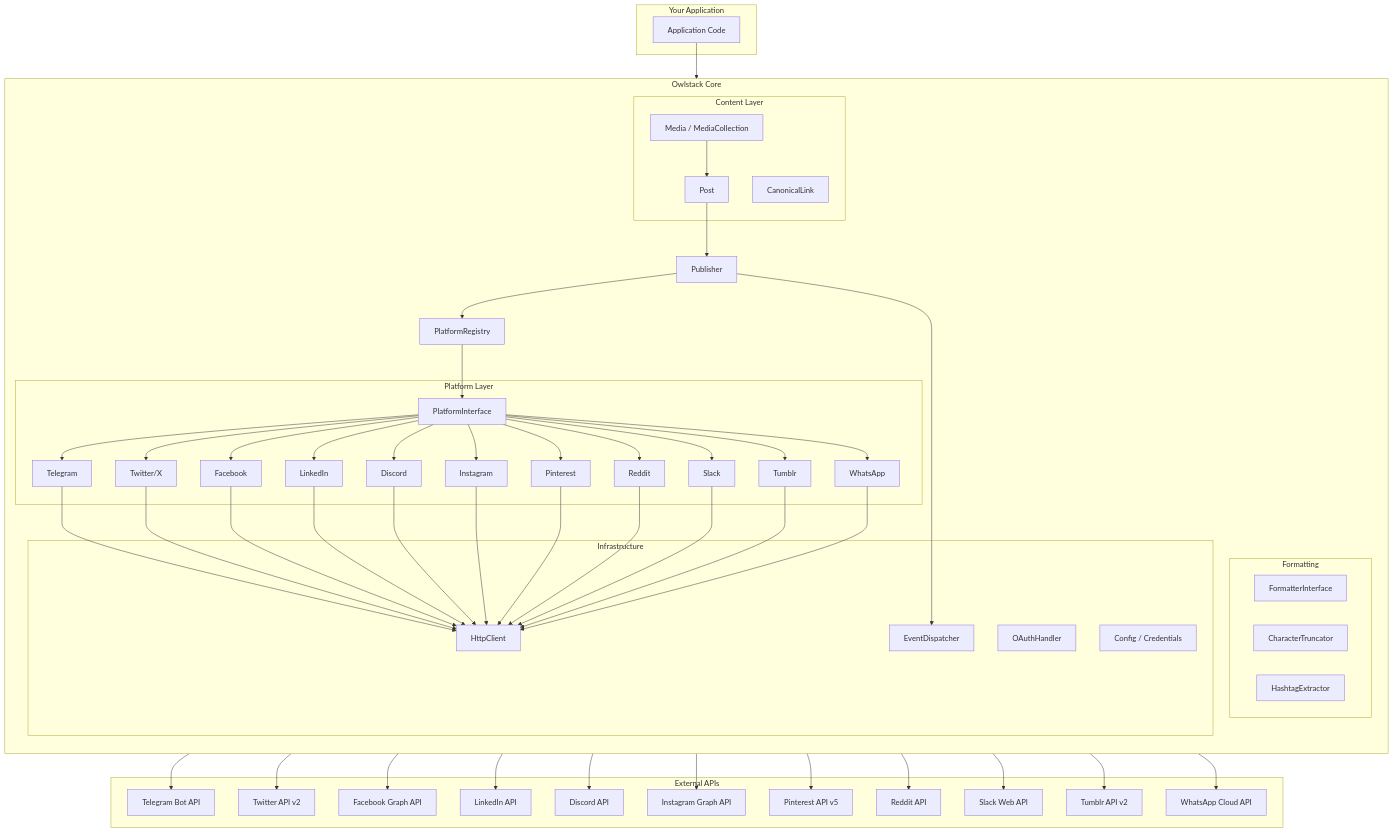
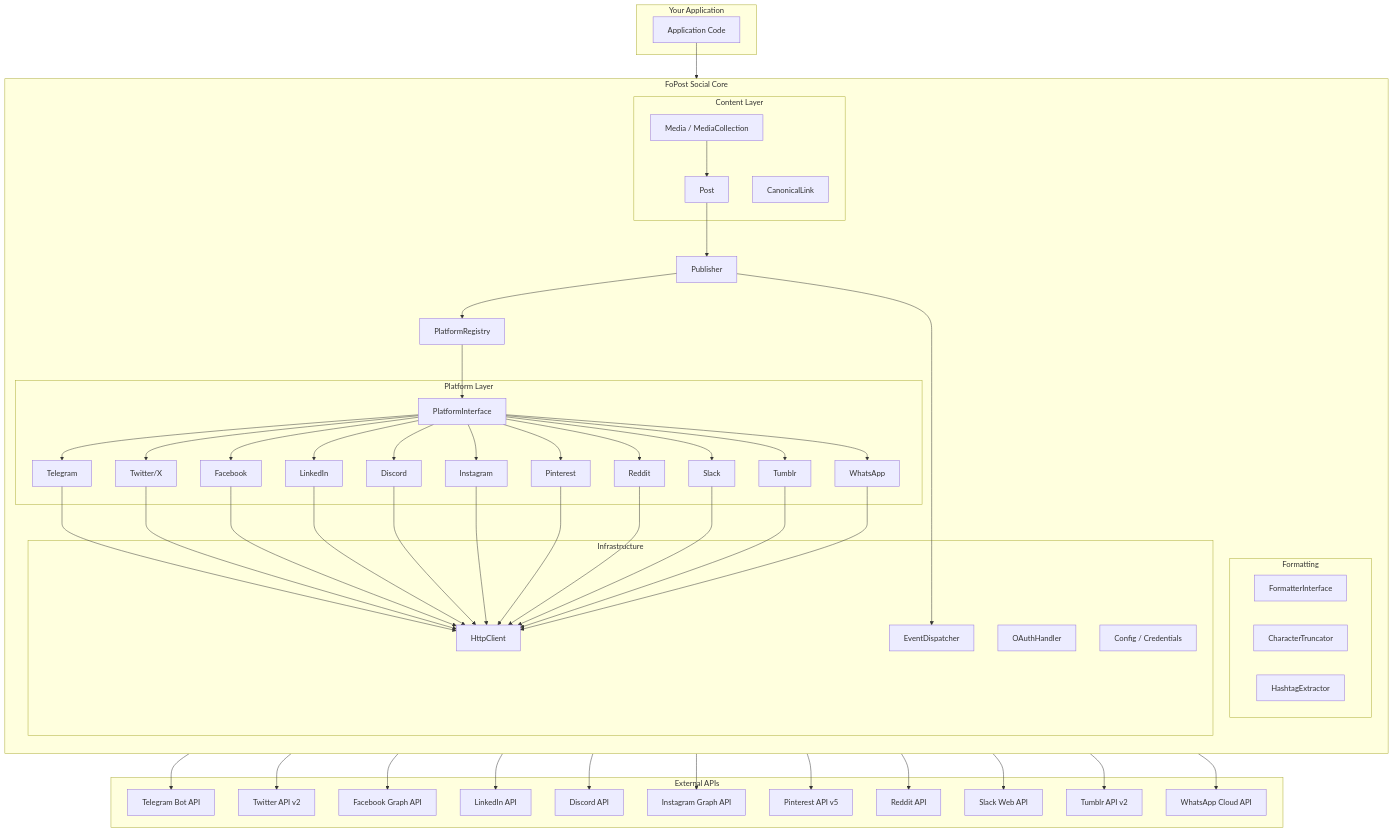
One commit to fopost/fopost-social-core changed the first of 6 diagrams in README.md. Above: the diagram before and after it, drawn with Mermaid. The commit also changed other lines of this file and 3 other files, not shown here.

````diff
--- a/README.md
+++ b/README.md
@@ -141,80 +141,80 @@
 ```mermaid
 graph TB
     subgraph "Your Application"
         APP[Application Code]
     end
 
-    subgraph "Owlstack Core"
+    subgraph "FoPost Social Core"
         direction TB
         PUB[Publisher]
         REG[PlatformRegistry]
 
         subgraph "Content Layer"
             POST[Post]
             MEDIA[Media / MediaCollection]
             CLINK[CanonicalLink]
         end
 
         subgraph "Platform Layer"
             PI[PlatformInterface]
             TG[Telegram]
             TW[Twitter/X]
             FB[Facebook]
             LI[LinkedIn]
             DC[Discord]
             IG[Instagram]
             PT[Pinterest]
             RD[Reddit]
             SL[Slack]
             TB[Tumblr]
             WA[WhatsApp]
         end
 
         subgraph "Formatting"
             FI[FormatterInterface]
             CT[CharacterTruncator]
             HE[HashtagExtractor]
         end
 
         subgraph "Infrastructure"
             HTTP[HttpClient]
             AUTH[OAuthHandler]
             EVT[EventDispatcher]
             CFG[Config / Credentials]
         end
     end
 
     subgraph "External APIs"
         API1[Telegram Bot API]
         API2[Twitter API v2]
         API3[Facebook Graph API]
         API4[LinkedIn API]
         API5[Discord API]
         API6[Instagram Graph API]
         API7[Pinterest API v5]
         API8[Reddit API]
         API9[Slack Web API]
         API10[Tumblr API v2]
         API11[WhatsApp Cloud API]
     end
 
     APP --> PUB
     PUB --> REG
     REG --> PI
     PI --> TG & TW & FB & LI & DC & IG & PT & RD & SL & TB & WA
     PUB --> EVT
     TG & TW & FB & LI & DC & IG & PT & RD & SL & TB & WA --> HTTP
     TG --> API1
     TW --> API2
     FB --> API3
     LI --> API4
     DC --> API5
     IG --> API6
     PT --> API7
     RD --> API8
     SL --> API9
     TB --> API10
     WA --> API11
     POST --> PUB
     MEDIA --> POST
 ```
````
